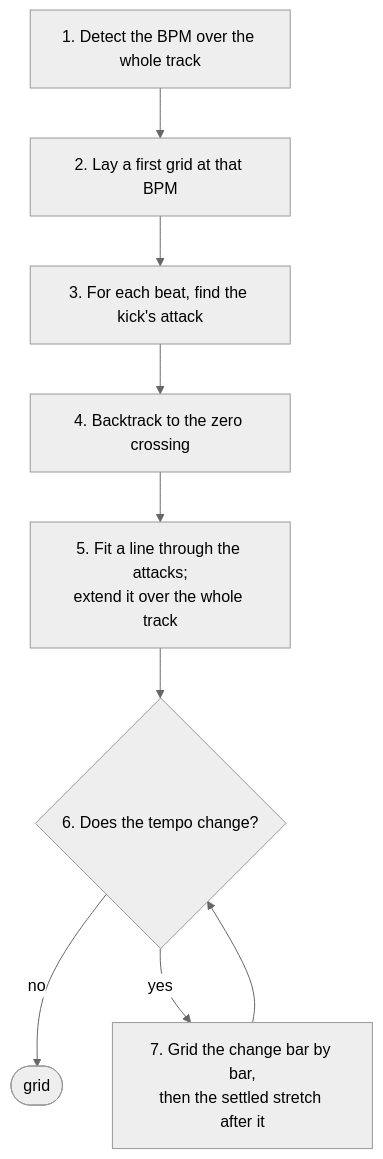
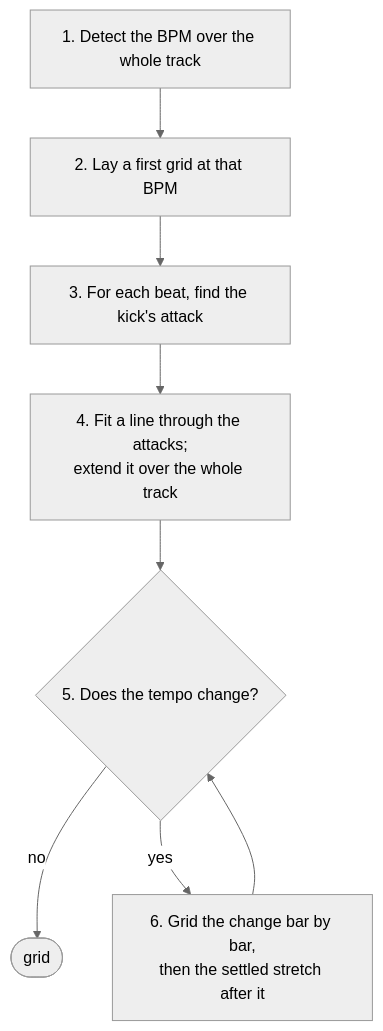
The diagram in crates/rbl-analysis/docs/beat.md (Wirlax/rbxport), drawn with Mermaid (neutral theme) before and after one commit. The commit also changed other lines of this file and 6 other files, not shown here.

````diff
--- a/crates/rbl-analysis/docs/beat.md
+++ b/crates/rbl-analysis/docs/beat.md
@@ -7,11 +7,10 @@
 ```mermaid
 flowchart TD
     A[1. Detect the BPM over the whole track] --> B[2. Lay a first grid at that BPM]
     B --> C[3. For each beat, find the kick's attack]
-    C --> D[4. Backtrack to the zero crossing]
-    D --> E[5. Fit a line through the attacks;<br/>extend it over the whole track]
-    E --> Q{6. Does the tempo change?}
+    C --> E[4. Fit a line through the attacks;<br/>extend it over the whole track]
+    E --> Q{5. Does the tempo change?}
     Q -- no --> Z([grid])
-    Q -- yes --> F[7. Grid the change bar by bar,<br/>then the settled stretch after it]
+    Q -- yes --> F[6. Grid the change bar by bar,<br/>then the settled stretch after it]
     F --> Q
 ```
````
